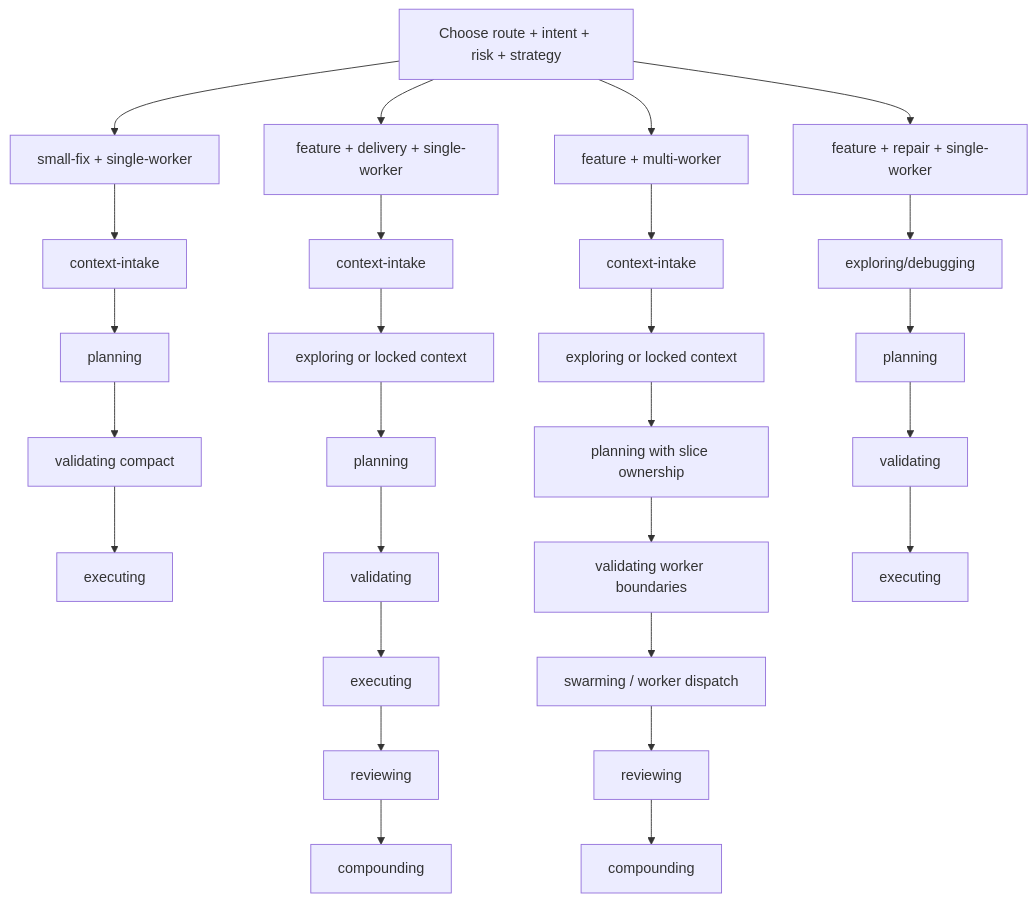
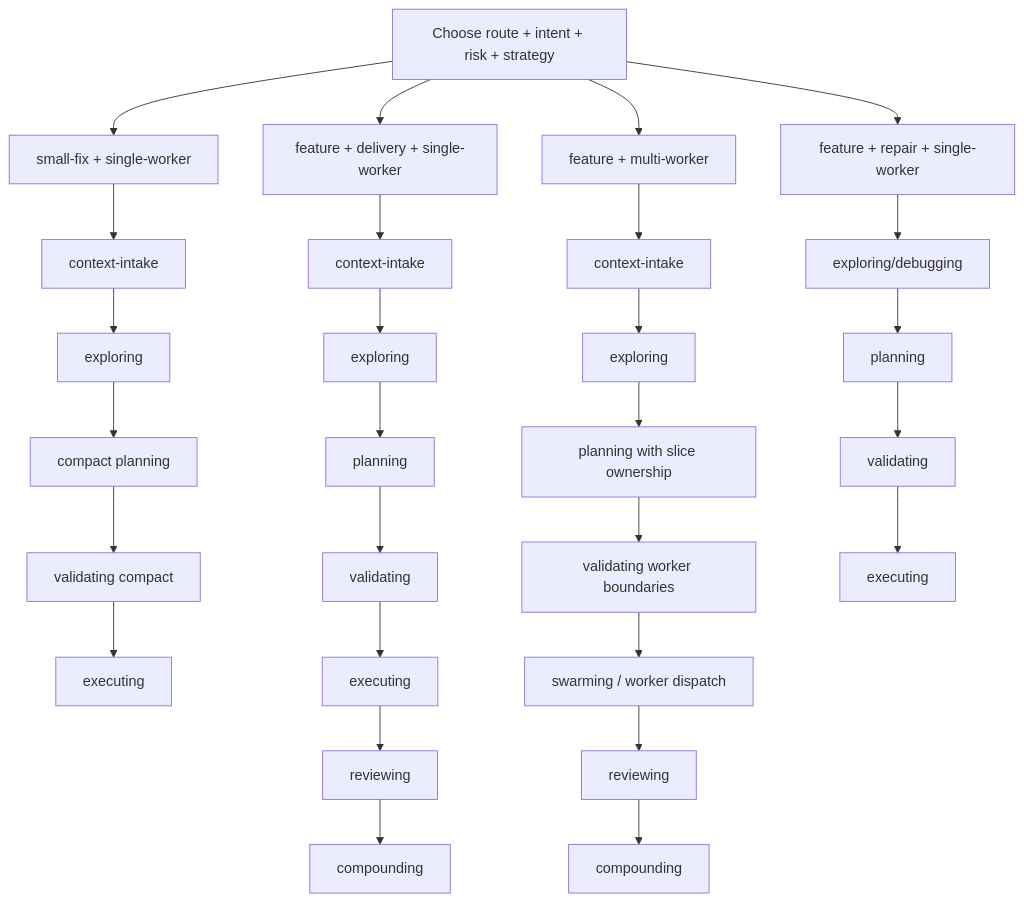
Before and after one commit to Huy-04/beer-skills: the diagram in docs/route-strategy-comparison.md, drawn with Mermaid. The commit also changed other lines of this file and 101 other files, not shown here.

````diff
--- a/docs/route-strategy-comparison.md
+++ b/docs/route-strategy-comparison.md
@@ -34,33 +34,34 @@
 ```mermaid
 flowchart TD
     S[Choose route + intent + risk + strategy] --> A[small-fix + single-worker]
     S --> B[feature + delivery + single-worker]
     S --> C[feature + multi-worker]
     S --> D[feature + repair + single-worker]
 
     A --> A0[context-intake]
-    A0 --> A1[planning]
-    A1 --> A2[validating compact]
-    A2 --> A3[executing]
+    A0 --> A1[exploring]
+    A1 --> A2[compact planning]
+    A2 --> A3[validating compact]
+    A3 --> A4[executing]
 
     B --> B1[context-intake]
-    B1 --> B2[exploring or locked context]
+    B1 --> B2[exploring]
     B2 --> B3[planning]
     B3 --> B4[validating]
     B4 --> B5[executing]
     B5 --> B6[reviewing]
     B6 --> B7[compounding]
 
     C --> C1[context-intake]
-    C1 --> C2[exploring or locked context]
+    C1 --> C2[exploring]
     C2 --> C3[planning with slice ownership]
     C3 --> C4[validating worker boundaries]
     C4 --> C5[swarming / worker dispatch]
     C5 --> C6[reviewing]
     C6 --> C7[compounding]
 
     D --> D1[exploring/debugging]
     D1 --> D2[planning]
     D2 --> D3[validating]
     D3 --> D4[executing]
 ```
````
